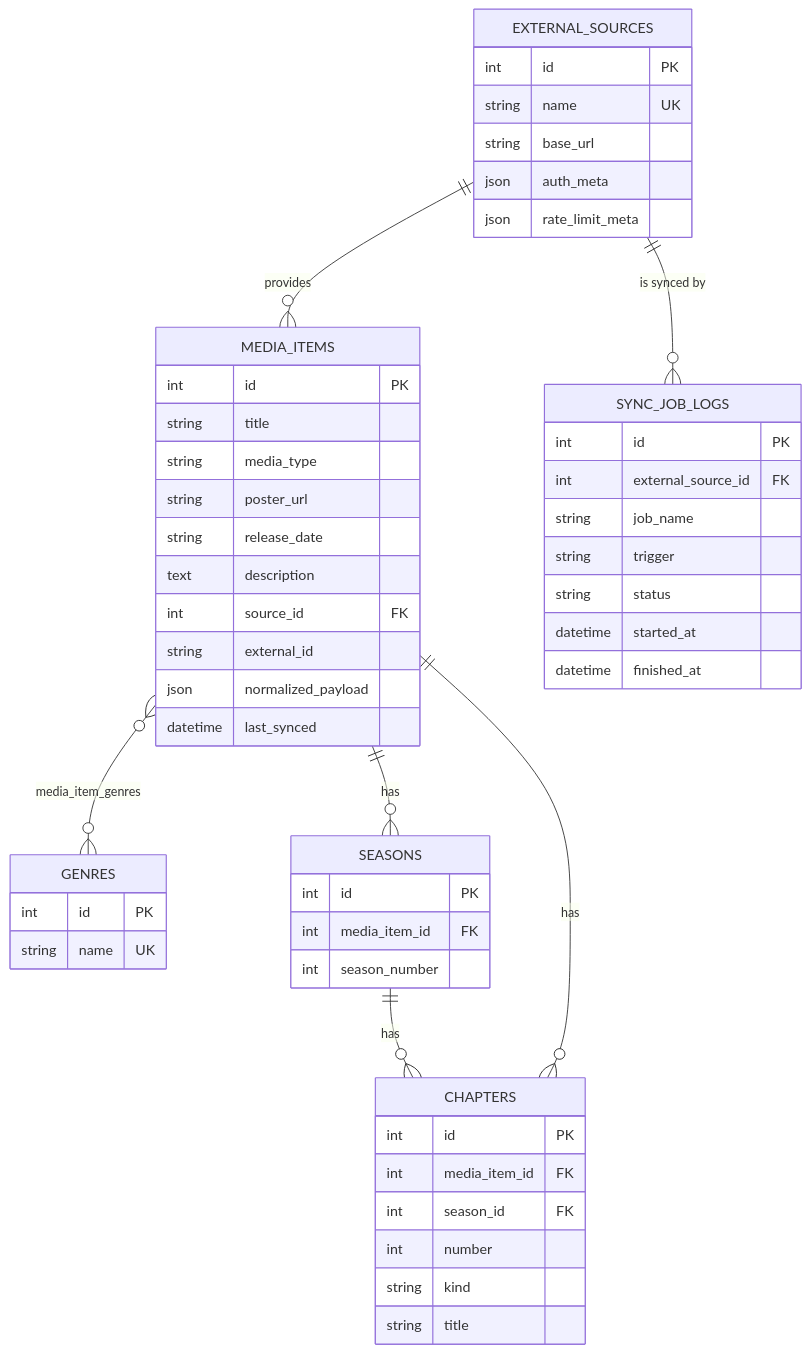
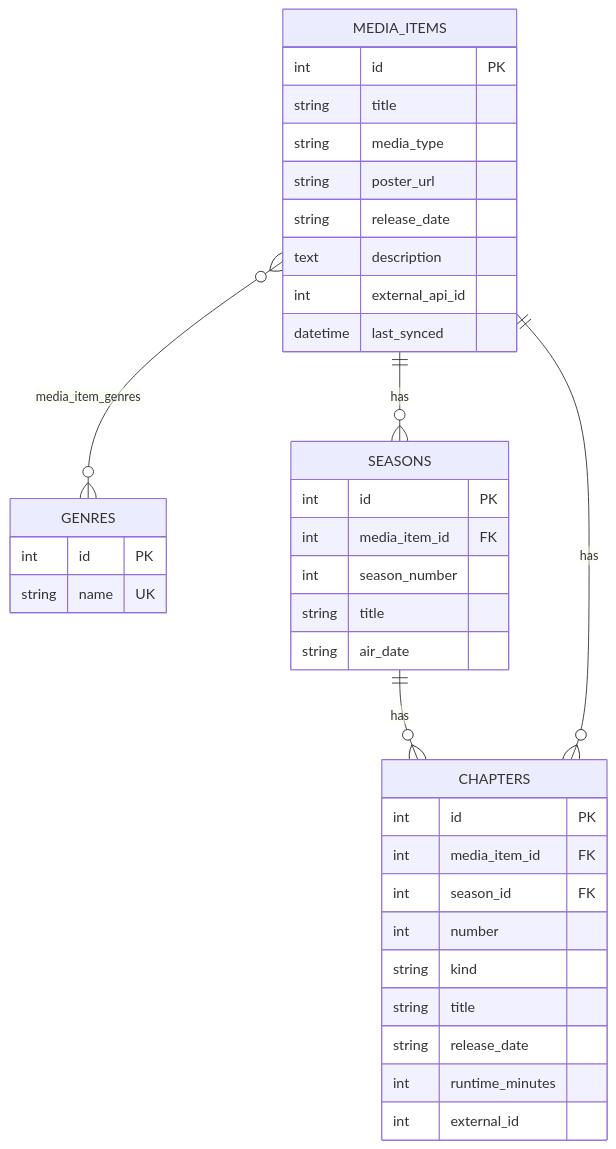
The third of 7 diagrams in docs/analysis/data/er-diagram.md (metezd/OmniLog), drawn with Mermaid before and after one commit. The commit also changed other lines of this file and 16 other files, not shown here.

````diff
--- a/docs/analysis/data/er-diagram.md
+++ b/docs/analysis/data/er-diagram.md
@@ -88,54 +98,39 @@
 ```mermaid
 erDiagram
-    EXTERNAL_SOURCES {
-        int id PK
-        string name UK
-        string base_url
-        json auth_meta
-        json rate_limit_meta
-    }
     MEDIA_ITEMS {
         int id PK
         string title
         string media_type
         string poster_url
         string release_date
         text description
-        int source_id FK
-        string external_id
-        json normalized_payload
+        int external_api_id
         datetime last_synced
     }
     GENRES {
         int id PK
         string name UK
     }
     SEASONS {
         int id PK
         int media_item_id FK
         int season_number
+        string title
+        string air_date
     }
     CHAPTERS {
         int id PK
         int media_item_id FK
         int season_id FK
         int number
         string kind
         string title
+        string release_date
+        int runtime_minutes
+        int external_id
     }
-    SYNC_JOB_LOGS {
-        int id PK
-        int external_source_id FK
-        string job_name
-        string trigger
-        string status
-        datetime started_at
-        datetime finished_at
-    }
-    EXTERNAL_SOURCES ||--o{ MEDIA_ITEMS : "provides"
-    EXTERNAL_SOURCES ||--o{ SYNC_JOB_LOGS : "is synced by"
     MEDIA_ITEMS }o--o{ GENRES : "media_item_genres"
     MEDIA_ITEMS ||--o{ SEASONS : "has"
     SEASONS ||--o{ CHAPTERS : "has"
     MEDIA_ITEMS ||--o{ CHAPTERS : "has"
 ```
````
